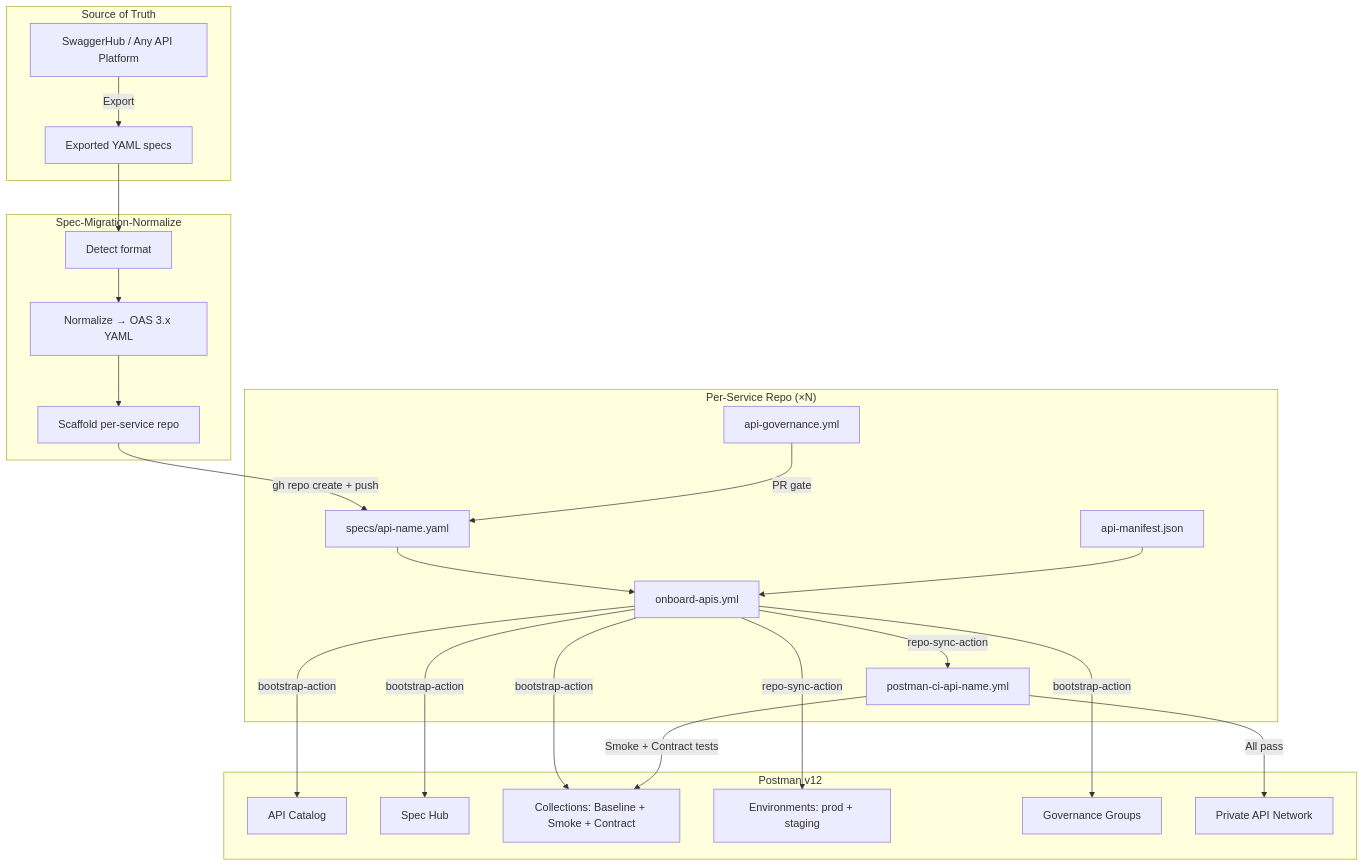
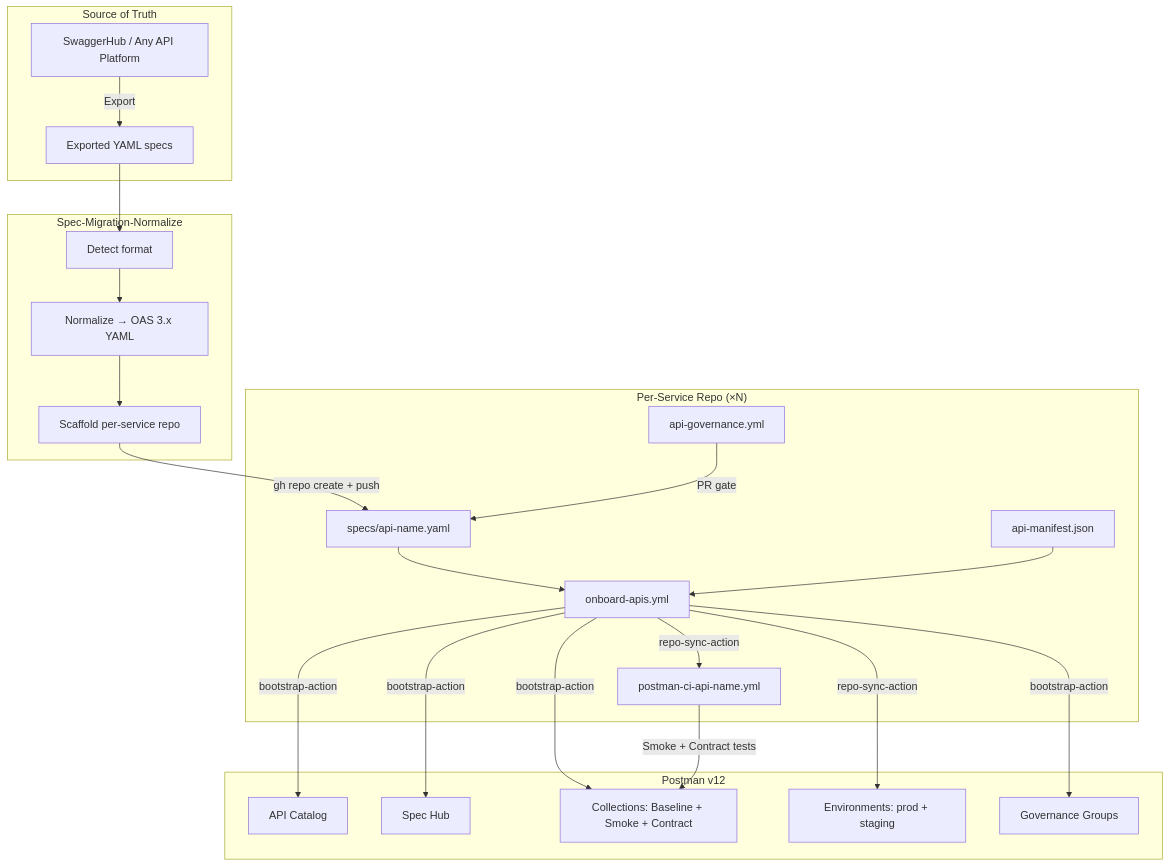
One commit to shivemind/Cust-LIFE360-pipeline changed the first of 2 diagrams in README.md. Above: the diagram before and after it, drawn with Mermaid. The commit also changed other lines of this file and 27 other files, not shown here.

````diff
--- a/README.md
+++ b/README.md
@@ -17,50 +17,48 @@
 ```mermaid
 flowchart TD
     subgraph sources [Source of Truth]
         SH["SwaggerHub / Any API Platform"]
         LOCAL["Exported YAML specs"]
     end
 
     subgraph normalize [Spec-Migration-Normalize]
         DETECT["Detect format"]
         CONVERT["Normalize → OAS 3.x YAML"]
         SCAFFOLD["Scaffold per-service repo"]
     end
 
     subgraph perService ["Per-Service Repo (×N)"]
         SPEC["specs/api-name.yaml"]
         MANIFEST["api-manifest.json"]
         ONBOARD["onboard-apis.yml"]
         GOV["api-governance.yml"]
         GENCI["postman-ci-api-name.yml"]
     end
 
     subgraph postmanV12 [Postman v12]
         CATALOG[API Catalog]
         SPECHUB[Spec Hub]
         COLS["Collections: Baseline + Smoke + Contract"]
         ENVS["Environments: prod + staging"]
         GOVGRP[Governance Groups]
-        PAN[Private API Network]
     end
 
     SH -->|Export| LOCAL
     LOCAL --> DETECT
     DETECT --> CONVERT
     CONVERT --> SCAFFOLD
 
     SCAFFOLD -->|"gh repo create + push"| SPEC
     SPEC --> ONBOARD
     MANIFEST --> ONBOARD
 
     ONBOARD -->|"bootstrap-action"| CATALOG
     ONBOARD -->|"bootstrap-action"| SPECHUB
     ONBOARD -->|"bootstrap-action"| COLS
     ONBOARD -->|"bootstrap-action"| GOVGRP
     ONBOARD -->|"repo-sync-action"| ENVS
     ONBOARD -->|"repo-sync-action"| GENCI
 
     GOV -->|PR gate| SPEC
     GENCI -->|Smoke + Contract tests| COLS
-    GENCI -->|All pass| PAN
 ```
````
